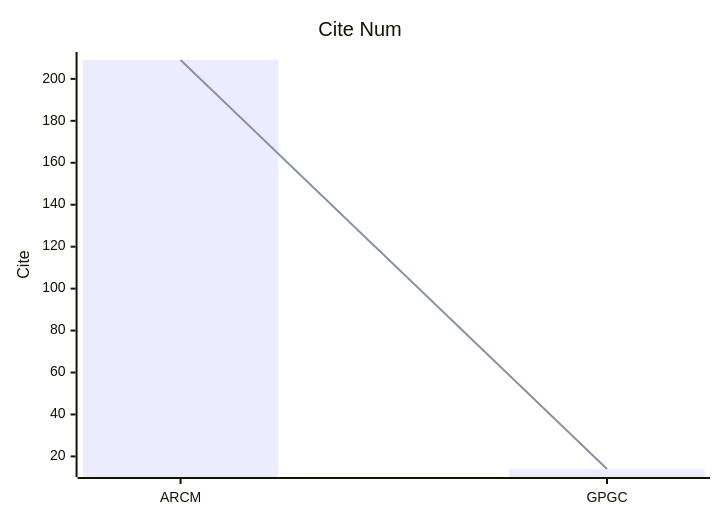
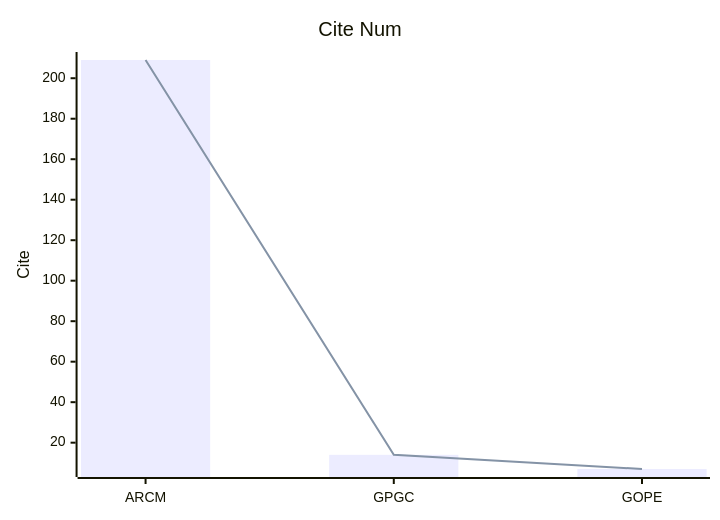
The fifth of 5 diagrams in CV/PE/analyse.md (Elephant-King9/Paper), drawn with Mermaid before and after one commit. The commit also changed other lines of this file and 2 other files, not shown here.

Commit message:
A novel perceptual image encryption scheme using geometric objects based kernel

````diff
--- a/CV/PE/analyse.md
+++ b/CV/PE/analyse.md
@@ -45,8 +48,8 @@
 ```mermaid
     xychart-beta
     title "Cite Num"
-    x-axis [ARCM,GPGC]
+    x-axis [ARCM,GPGC,GOPE]
     y-axis "Cite" 
-    bar [209,14]
-    line [209,14]
+    bar [209,14,7]
+    line [209,14,7]
 ```
````
